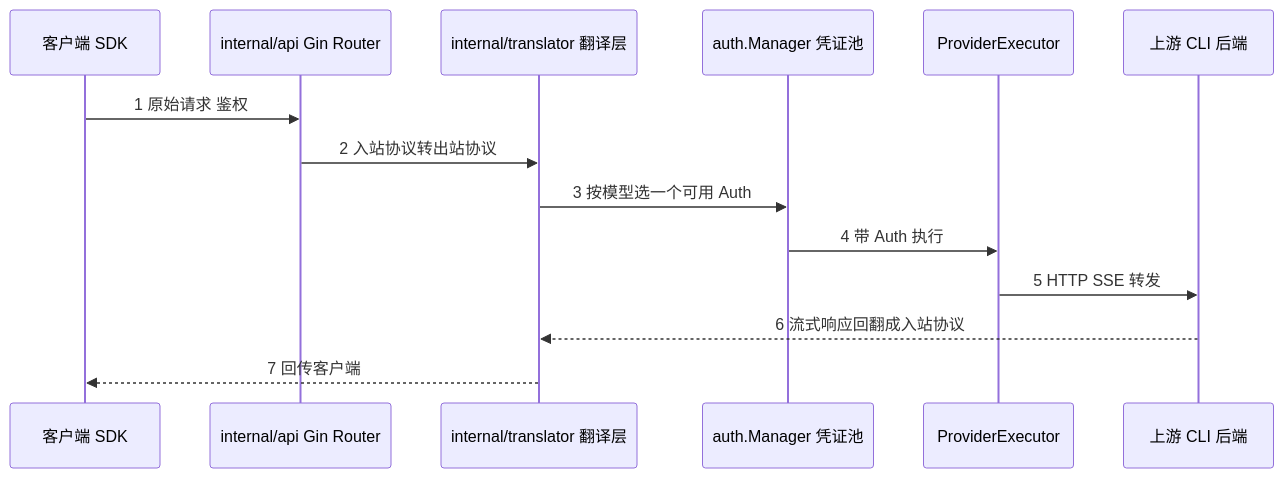
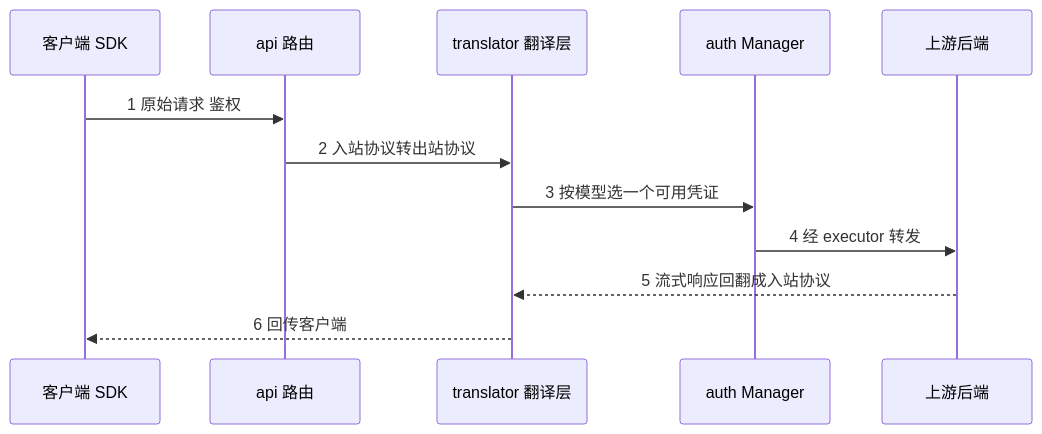
The first of 4 diagrams in book/01-cliproxyapi.md (diguike/book-source-reading), drawn with Mermaid before and after one commit. The commit also changed other lines of this file and 14 other files, not shown here.

````diff
--- a/book/01-cliproxyapi.md
+++ b/book/01-cliproxyapi.md
@@ -112,16 +97,14 @@
 ```mermaid
 sequenceDiagram
     participant C as 客户端 SDK
-    participant A as internal/api Gin Router
-    participant T as internal/translator 翻译层
-    participant M as auth.Manager 凭证池
-    participant E as ProviderExecutor
-    participant U as 上游 CLI 后端
+    participant A as api 路由
+    participant T as translator 翻译层
+    participant M as auth Manager
+    participant U as 上游后端
     C->>A: 1 原始请求 鉴权
     A->>T: 2 入站协议转出站协议
-    T->>M: 3 按模型选一个可用 Auth
-    M->>E: 4 带 Auth 执行
-    E->>U: 5 HTTP SSE 转发
-    U-->>T: 6 流式响应回翻成入站协议
-    T-->>C: 7 回传客户端
+    T->>M: 3 按模型选一个可用凭证
+    M->>U: 4 经 executor 转发
+    U-->>T: 5 流式响应回翻成入站协议
+    T-->>C: 6 回传客户端
 ```
````
